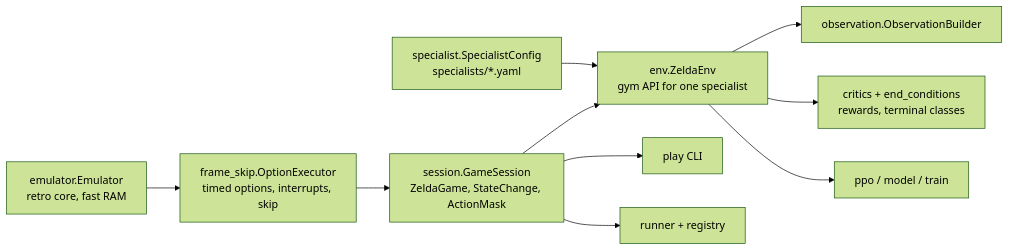
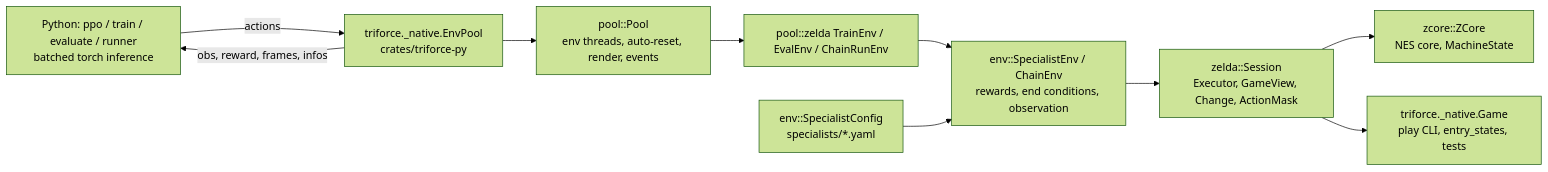
Before and after one commit to DarkAutumn/triforce: the diagram in docs/architecture.md, drawn with Mermaid (forest theme). The commit also changed other lines of this file and 3 other files, not shown here.

First line of the commit message:
docs: README and architecture for the Rust stack (plan step 16)

````diff
--- a/docs/architecture.md
+++ b/docs/architecture.md
@@ -6,12 +6,12 @@
 ```mermaid
 flowchart LR
-    EMU[emulator.Emulator<br/>retro core, fast RAM] --> EXE[frame_skip.OptionExecutor<br/>timed options, interrupts, skip]
-    EXE --> SES[session.GameSession<br/>ZeldaGame, StateChange, ActionMask]
-    SES --> ENV[env.ZeldaEnv<br/>gym API for one specialist]
-    SPEC[specialist.SpecialistConfig<br/>specialists/*.yaml] --> ENV
-    ENV --> OBS[observation.ObservationBuilder]
-    ENV --> CRIT[critics + end_conditions<br/>rewards, terminal classes]
-    ENV --> PPO[ppo / model / train]
-    SES --> PLAY[play CLI]
-    SES --> RUN[runner + registry]
+    PPO[Python: ppo / train / evaluate / runner<br/>batched torch inference] -->|actions| POOL[triforce._native.EnvPool<br/>crates/triforce-py]
+    POOL --> PL[pool::Pool<br/>env threads, auto-reset, render, events]
+    PL --> TE[pool::zelda TrainEnv / EvalEnv / ChainRunEnv]
+    TE --> ENV[env::SpecialistEnv / ChainEnv<br/>rewards, end conditions, observation]
+    SPEC[env::SpecialistConfig<br/>specialists/*.yaml] --> ENV
+    ENV --> SES[zelda::Session<br/>Executor, GameView, Change, ActionMask]
+    SES --> CORE[zcore::ZCore<br/>NES core, MachineState]
+    POOL -->|obs, reward, frames, infos| PPO
+    SES --> GAME[triforce._native.Game<br/>play CLI, entry_states, tests]
 ```
````
